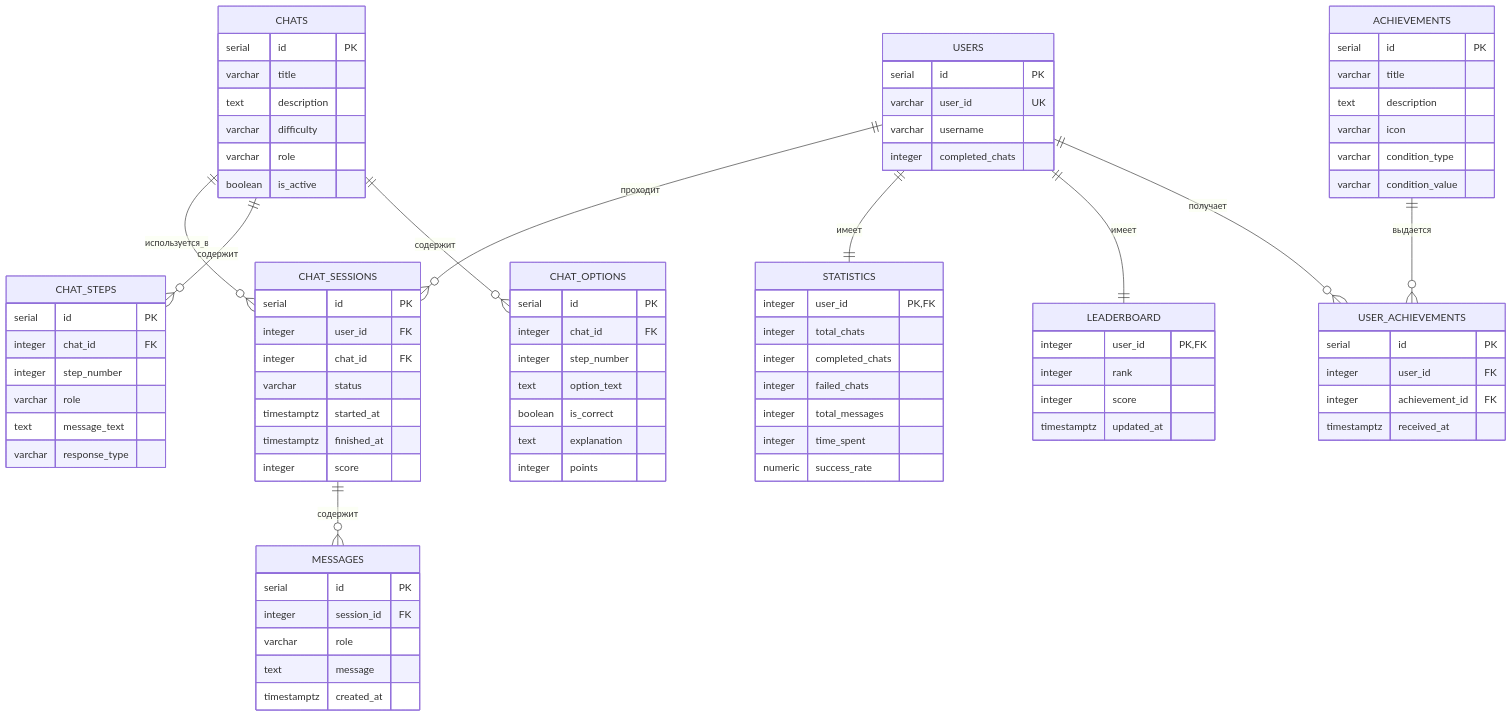
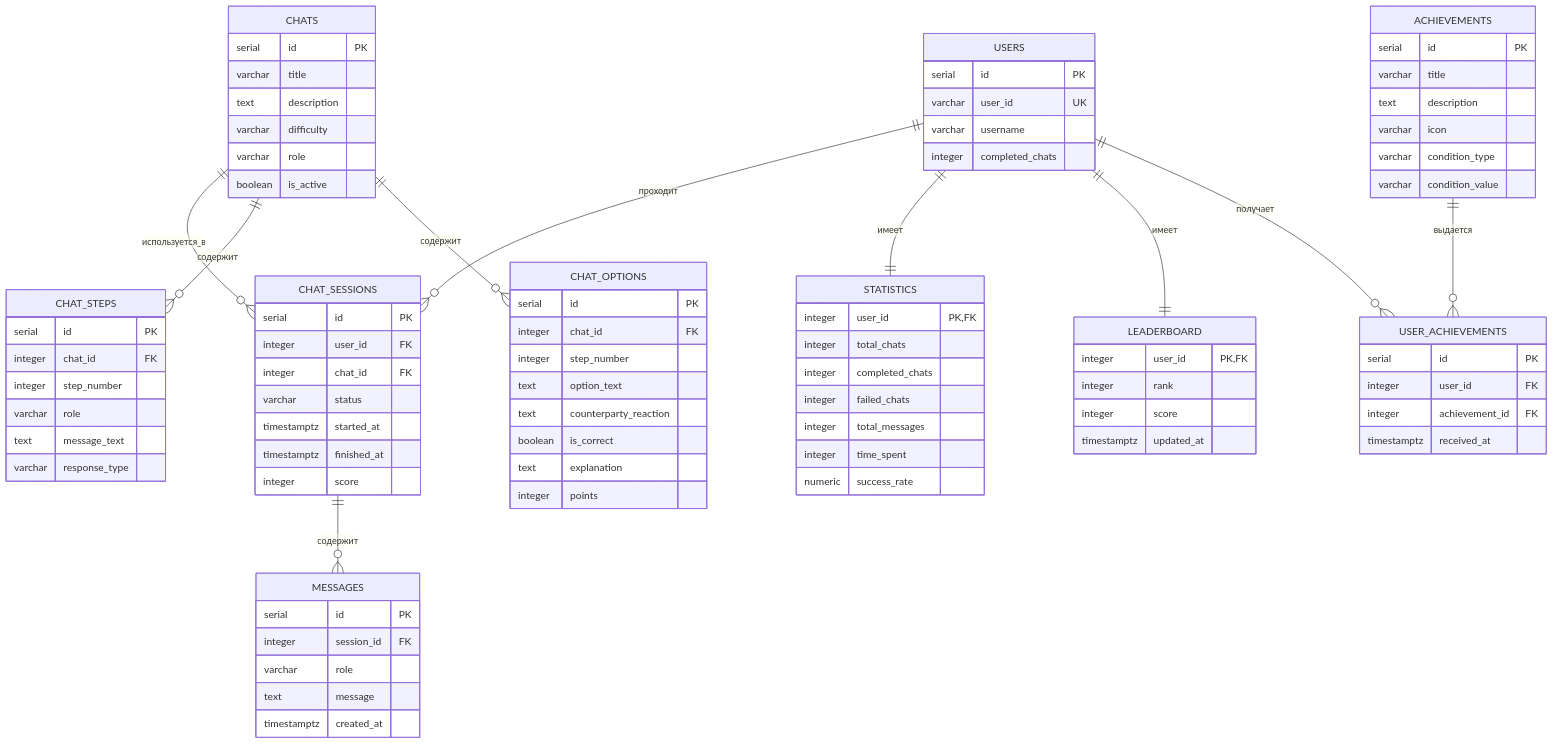
The first of 2 diagrams in docs/02-architecture/data-model.md (Codiki-lab/anti-scam-trainer), drawn with Mermaid before and after one commit. The commit also changed other lines of this file and 36 other files, not shown here.

```diff
--- a/docs/02-architecture/data-model.md
+++ b/docs/02-architecture/data-model.md
@@ -52,6 +52,7 @@
         integer chat_id FK
         integer step_number
         text option_text
+        text counterparty_reaction
         boolean is_correct
         text explanation
         integer points
```
